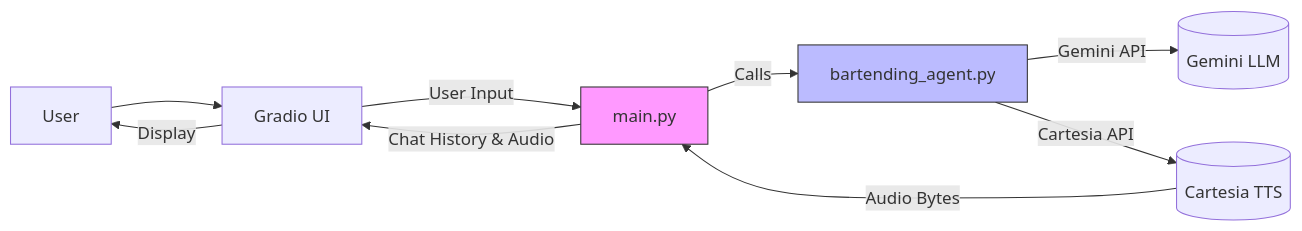
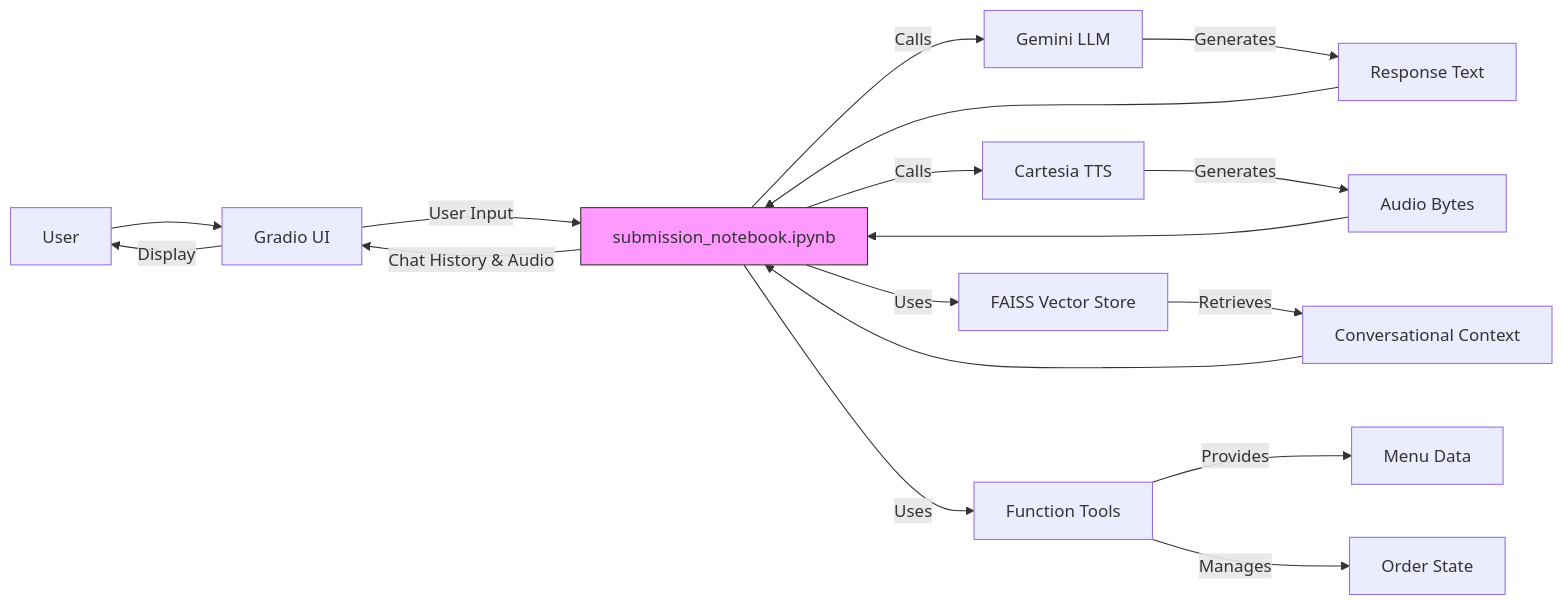
Before and after one commit to MOK-5-ha/MayaBartendingAgent: the second of 3 diagrams in .qoder/repowiki/en/content/Core Components/main.py - Gradio Interface Handler.md, drawn with Mermaid. The commit also changed other lines of this file and 14 other files, not shown here.

````diff
--- a/.qoder/repowiki/en/content/Core Components/main.py - Gradio Interface Handler.md
+++ b/.qoder/repowiki/en/content/Core Components/main.py - Gradio Interface Handler.md
@@ -71,13 +81,20 @@
 ```mermaid
 graph LR
 User[User] --> Gradio[Gradio UI]
-Gradio --> |User Input| Main[main.py]
-Main --> |Calls| Agent[bartending_agent.py]
-Agent --> |Gemini API| LLM[(Gemini LLM)]
-Agent --> |Cartesia API| TTS[(Cartesia TTS)]
-TTS --> |Audio Bytes| Main
-Main --> |Chat History & Audio| Gradio
+Gradio --> |User Input| Notebook[submission_notebook.ipynb]
+Notebook --> |Calls| Gemini[Gemini LLM]
+Notebook --> |Calls| Cartesia[Cartesia TTS]
+Notebook --> |Uses| FAISS[FAISS Vector Store]
+Notebook --> |Uses| Tools[Function Tools]
+Gemini --> |Generates| Response[Response Text]
+Cartesia --> |Generates| Audio[Audio Bytes]
+Tools --> |Provides| Menu[Menu Data]
+Tools --> |Manages| Order[Order State]
+FAISS --> |Retrieves| Context[Conversational Context]
+Response --> Notebook
+Audio --> Notebook
+Context --> Notebook
+Notebook --> |Chat History & Audio| Gradio
 Gradio --> |Display| User
-style Main fill:#f9f,stroke:#333
-style Agent fill:#bbf,stroke:#333
+style Notebook fill:#f9f,stroke:#333
 ```
````
